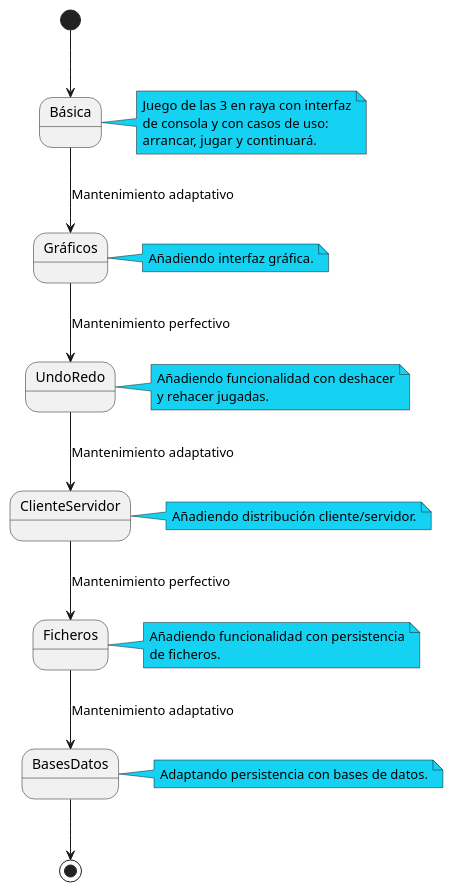
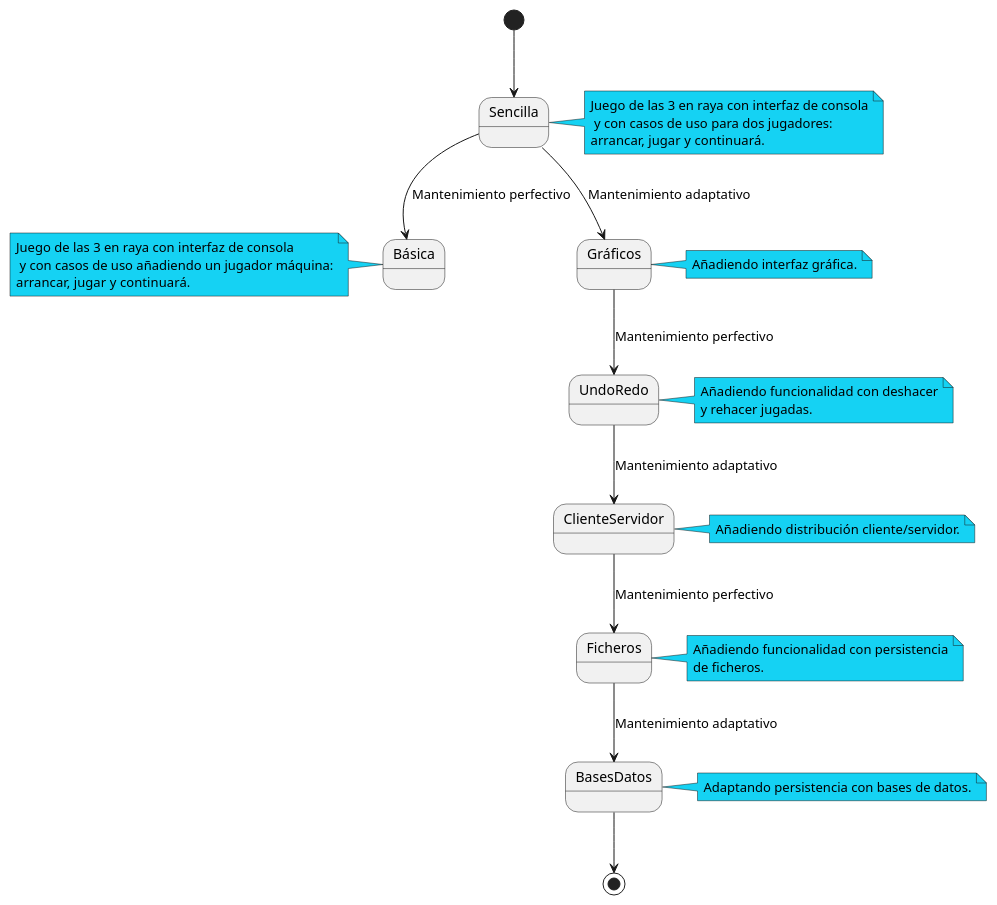
One commit to EscuelaIt/tictactoe-master-desarrollo-requirements changed the diagram in docs/diagrams/src/version.plantuml. Above: the diagram before and after it, drawn with PlantUML. The commit also changed 35 other files, not shown here.

```diff
--- a/docs/diagrams/src/version.plantuml
+++ b/docs/diagrams/src/version.plantuml
@@ -1,49 +1,54 @@
 @startuml version
 
 state Básica
 state Gráficos
 state UndoRedo
 state ClienteServidor
 State Ficheros
 State BasesDatos
 
-[*] --> Básica
-Básica --> Gráficos:Mantenimiento adaptativo
+[*] --> Sencilla
+Sencilla --> Básica :Mantenimiento perfectivo
+Sencilla --> Gráficos:Mantenimiento adaptativo
 Gráficos --> UndoRedo:Mantenimiento perfectivo
 UndoRedo --> ClienteServidor:Mantenimiento adaptativo
 ClienteServidor --> Ficheros:Mantenimiento perfectivo
 Ficheros --> BasesDatos:Mantenimiento adaptativo
 BasesDatos --> [*]
 
+note right of Sencilla #15D2F3
+  Juego de las 3 en raya con interfaz de consola
+   y con casos de uso para dos jugadores:
+  arrancar, jugar y continuará.
+end note
 
-
-note right of Básica #15D2F3
-  Juego de las 3 en raya con interfaz
-  de consola y con casos de uso:
+note left of Básica #15D2F3
+  Juego de las 3 en raya con interfaz de consola
+   y con casos de uso añadiendo un jugador máquina:
   arrancar, jugar y continuará.
 end note
 
 note right of Gráficos #15D2F3
   Añadiendo interfaz gráfica.
 end note
 
 note right of UndoRedo #15D2F3
   Añadiendo funcionalidad con deshacer
   y rehacer jugadas.
 end note
 
 note right of ClienteServidor #15D2F3
   Añadiendo distribución cliente/servidor.
 end note
 
 note right of Ficheros #15D2F3
   Añadiendo funcionalidad con persistencia
   de ficheros.
 end note
 
 note right of BasesDatos #15D2F3
   Adaptando persistencia con bases de datos.
 end note
 
 
 @enduml
```
